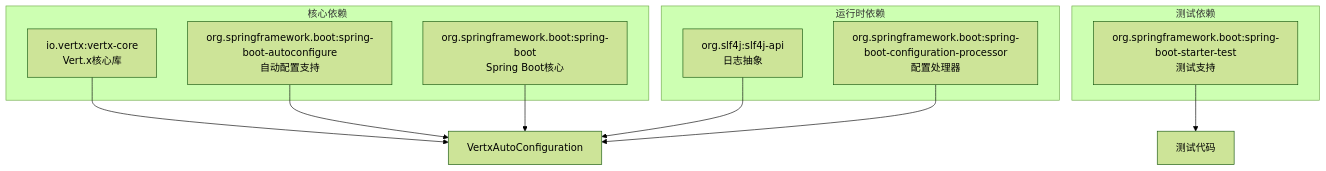
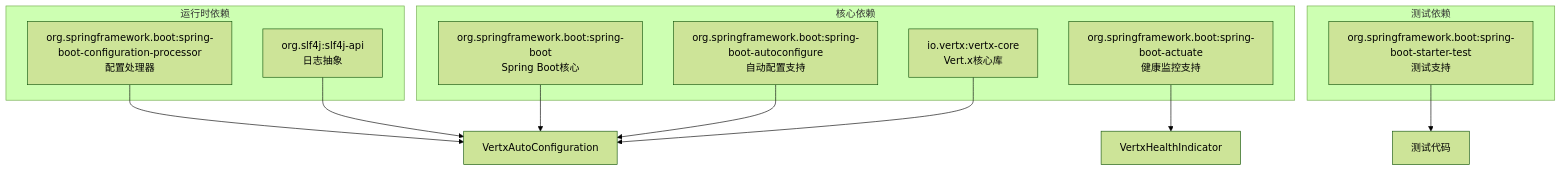
The ninth of 9 diagrams in .qoder/repowiki/zh/content/核心配置模块/核心配置模块.md (ossworker/vertx-starter), drawn with Mermaid (forest theme) before and after one commit. The commit also changed other lines of this file and 7 other files, not shown here.

````diff
--- a/.qoder/repowiki/zh/content/核心配置模块/核心配置模块.md
+++ b/.qoder/repowiki/zh/content/核心配置模块/核心配置模块.md
@@ -382,21 +504,23 @@
 ```mermaid
 graph TB
 subgraph "核心依赖"
 A[io.vertx:vertx-core<br/>Vert.x核心库]
 B[org.springframework.boot:spring-boot-autoconfigure<br/>自动配置支持]
 C[org.springframework.boot:spring-boot<br/>Spring Boot核心]
+D[org.springframework.boot:spring-boot-actuate<br/>健康监控支持]
 end
 subgraph "运行时依赖"
-D[org.slf4j:slf4j-api<br/>日志抽象]
-E[org.springframework.boot:spring-boot-configuration-processor<br/>配置处理器]
+E[org.slf4j:slf4j-api<br/>日志抽象]
+F[org.springframework.boot:spring-boot-configuration-processor<br/>配置处理器]
 end
 subgraph "测试依赖"
-F[org.springframework.boot:spring-boot-starter-test<br/>测试支持]
+G[org.springframework.boot:spring-boot-starter-test<br/>测试支持]
 end
-A --> G[VertxAutoConfiguration]
-B --> G
-C --> G
-D --> G
-E --> G
-F --> H[测试代码]
+A --> H[VertxAutoConfiguration]
+B --> H
+C --> H
+D --> I[VertxHealthIndicator]
+E --> H
+F --> H
+G --> J[测试代码]
 ```
````
